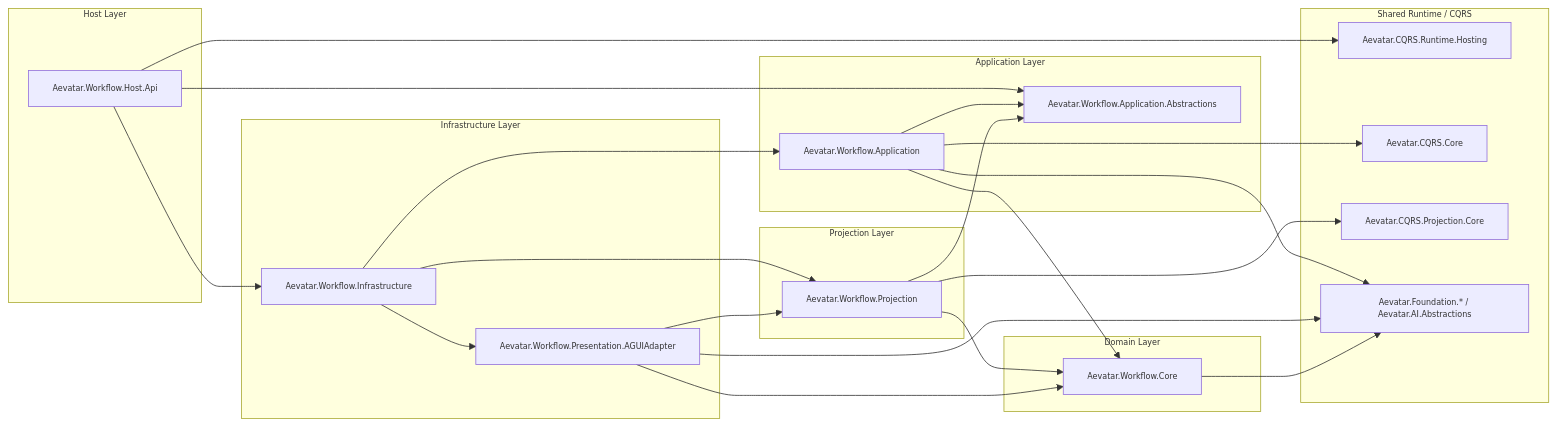
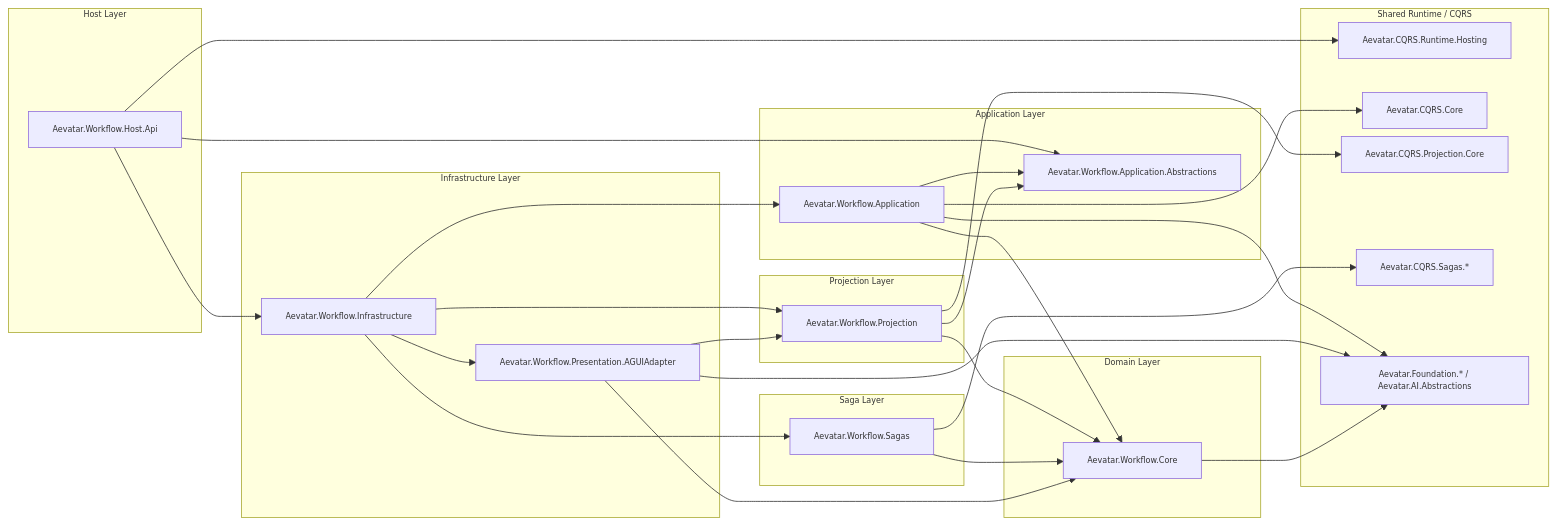
The first of 5 diagrams in src/workflow/README.md (aevatarAI/aevatar), drawn with Mermaid before and after one commit. The commit also changed other lines of this file and 112 other files, not shown here.

First line of the commit message:
Enhance Aevatar architecture with Saga support and CI improvements

````diff
--- a/src/workflow/README.md
+++ b/src/workflow/README.md
@@ -7,50 +7,58 @@
 ```mermaid
 %%{init: {"maxTextSize": 100000, "flowchart": {"useMaxWidth": false, "nodeSpacing": 10, "rankSpacing": 50}, "themeVariables": {"fontSize": "10px"}}}%%
 flowchart LR
   subgraph Host["Host Layer"]
     H["Aevatar.Workflow.Host.Api"]
   end
 
   subgraph Infra["Infrastructure Layer"]
     I["Aevatar.Workflow.Infrastructure"]
     AGUIA["Aevatar.Workflow.Presentation.AGUIAdapter"]
   end
 
   subgraph App["Application Layer"]
     A["Aevatar.Workflow.Application"]
     AB["Aevatar.Workflow.Application.Abstractions"]
   end
 
   subgraph Projection["Projection Layer"]
     P["Aevatar.Workflow.Projection"]
   end
 
+  subgraph Saga["Saga Layer"]
+    S["Aevatar.Workflow.Sagas"]
+  end
+
   subgraph Domain["Domain Layer"]
     C["Aevatar.Workflow.Core"]
   end
 
   subgraph Shared["Shared Runtime / CQRS"]
     RH["Aevatar.CQRS.Runtime.Hosting"]
     CQRSC["Aevatar.CQRS.Core"]
     CQRSP["Aevatar.CQRS.Projection.Core"]
+    CQRSS["Aevatar.CQRS.Sagas.*"]
     F["Aevatar.Foundation.* / Aevatar.AI.Abstractions"]
   end
 
   H --> RH
   H --> I
   H --> AB
   I --> A
   I --> P
   I --> AGUIA
+  I --> S
   A --> AB
   A --> C
   A --> CQRSC
   A --> F
   P --> AB
   P --> C
   P --> CQRSP
+  S --> C
+  S --> CQRSS
   AGUIA --> P
   AGUIA --> C
   AGUIA --> F
   C --> F
 ```
````
